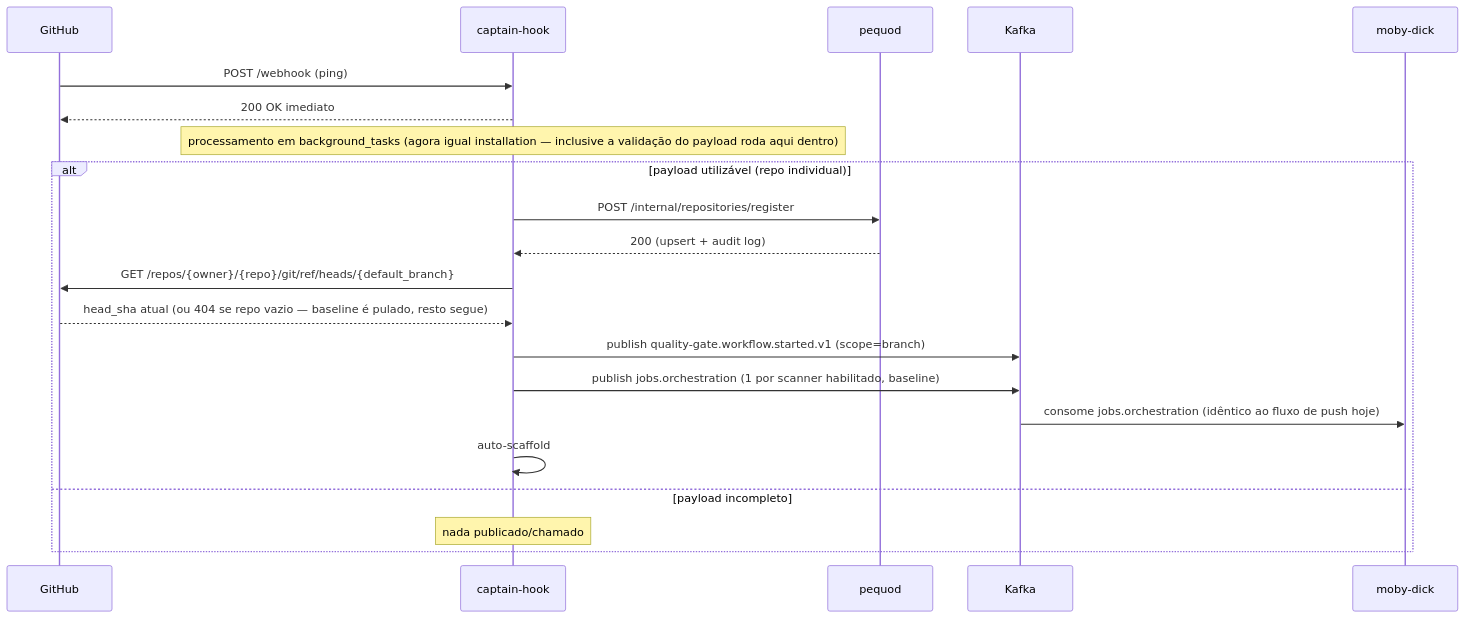
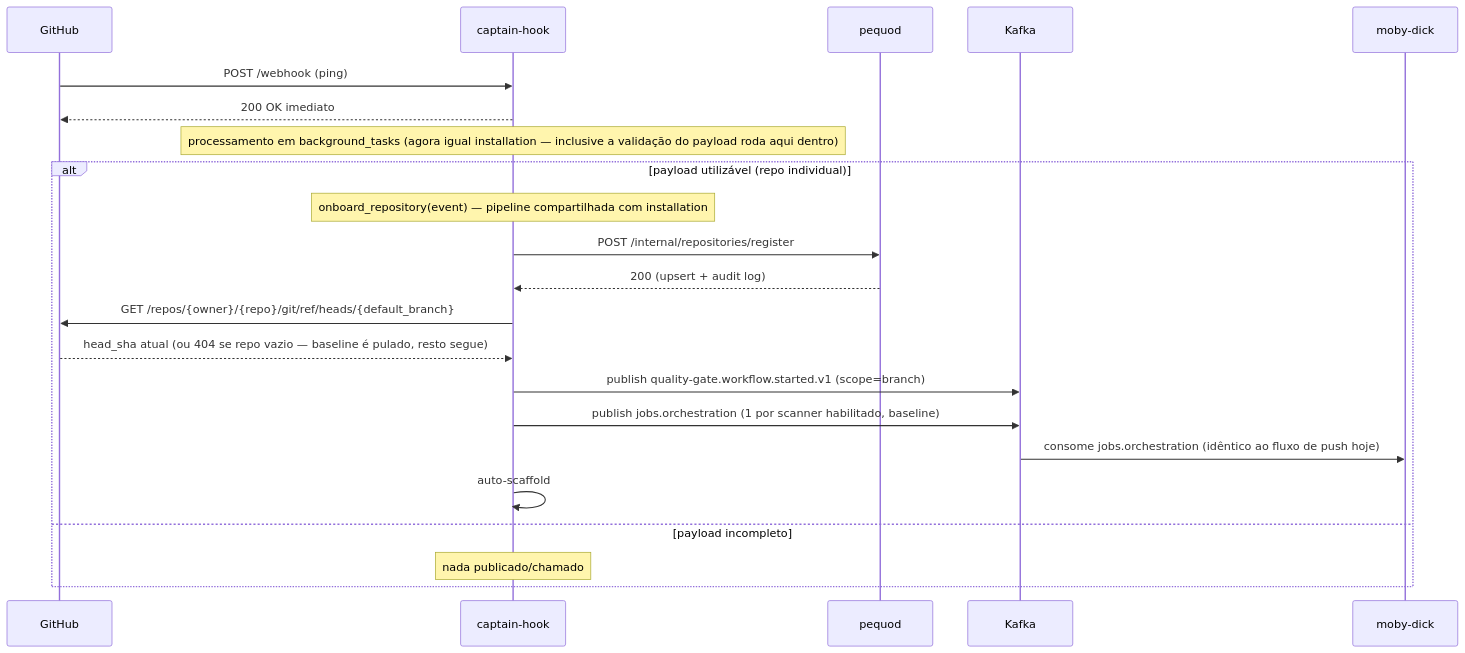
Before and after one commit to OdinEye-FIAP/aspm-docs: the first of 2 diagrams in docs/design/ping-install-rest-migration.md, drawn with Mermaid. The commit also changed other lines of this file, not shown here.

Commit message:
docs: extrai pipeline de onboarding (register+baseline+scaffold) num modulo unico compartilhado entre ping e install

````diff
--- a/docs/design/ping-install-rest-migration.md
+++ b/docs/design/ping-install-rest-migration.md
@@ -233,25 +253,26 @@
 ```mermaid
 sequenceDiagram
     participant GH as GitHub
     participant CH as captain-hook
     participant PQ as pequod
     participant K as Kafka
     participant MD as moby-dick
 
     GH->>CH: POST /webhook (ping)
     CH-->>GH: 200 OK imediato
     Note over CH: processamento em background_tasks (agora igual installation — inclusive a validação do payload roda aqui dentro)
 
     alt payload utilizável (repo individual)
+        Note over CH: onboard_repository(event) — pipeline compartilhada com installation
         CH->>PQ: POST /internal/repositories/register
         PQ-->>CH: 200 (upsert + audit log)
         CH->>GH: GET /repos/{owner}/{repo}/git/ref/heads/{default_branch}
         GH-->>CH: head_sha atual (ou 404 se repo vazio — baseline é pulado, resto segue)
         CH->>K: publish quality-gate.workflow.started.v1 (scope=branch)
         CH->>K: publish jobs.orchestration (1 por scanner habilitado, baseline)
         K->>MD: consome jobs.orchestration (idêntico ao fluxo de push hoje)
         CH->>CH: auto-scaffold
     else payload incompleto
         Note over CH: nada publicado/chamado
     end
 ```
````
